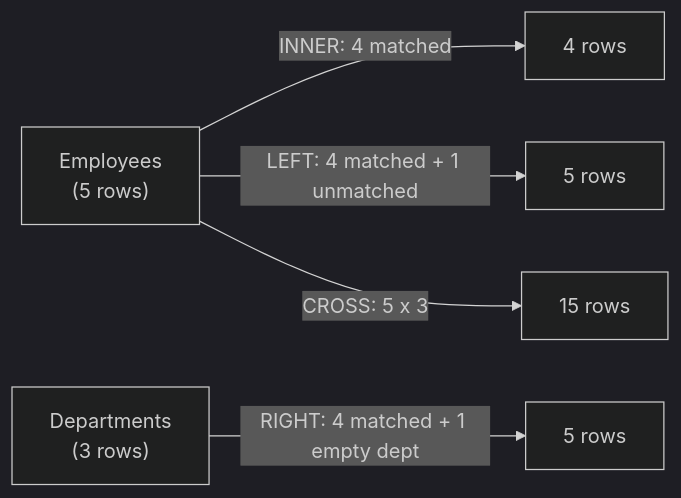
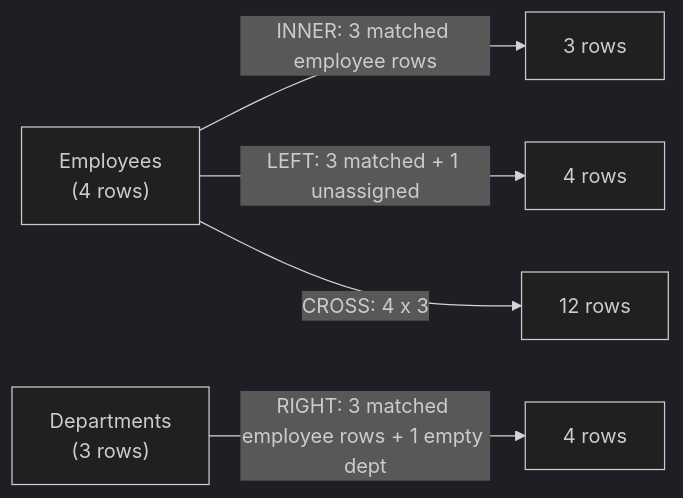
Before and after one commit to ft-abhishekgupta/interview-prep-suite: the second of 2 diagrams in src/content/databases/01-sql-craft/01-sql-joins-and-aggregation.md, drawn with Mermaid (dark theme). The commit also changed other lines of this file and 307 other files, not shown here.

````diff
--- a/src/content/databases/01-sql-craft/01-sql-joins-and-aggregation.md
+++ b/src/content/databases/01-sql-craft/01-sql-joins-and-aggregation.md
@@ -99,7 +99,7 @@
 ```mermaid
 flowchart LR
-    E["Employees<br/>(5 rows)"] -->|"INNER: 4 matched"| R1["4 rows"]
-    E -->|"LEFT: 4 matched + 1 unmatched"| R2["5 rows"]
-    D["Departments<br/>(3 rows)"] -->|"RIGHT: 4 matched + 1 empty dept"| R3["5 rows"]
-    E -->|"CROSS: 5 x 3"| R4["15 rows"]
+    E["Employees<br/>(4 rows)"] -->|"INNER: 3 matched employee rows"| R1["3 rows"]
+    E -->|"LEFT: 3 matched + 1 unassigned"| R2["4 rows"]
+    D["Departments<br/>(3 rows)"] -->|"RIGHT: 3 matched employee rows + 1 empty dept"| R3["4 rows"]
+    E -->|"CROSS: 4 x 3"| R4["12 rows"]
 ```
````
